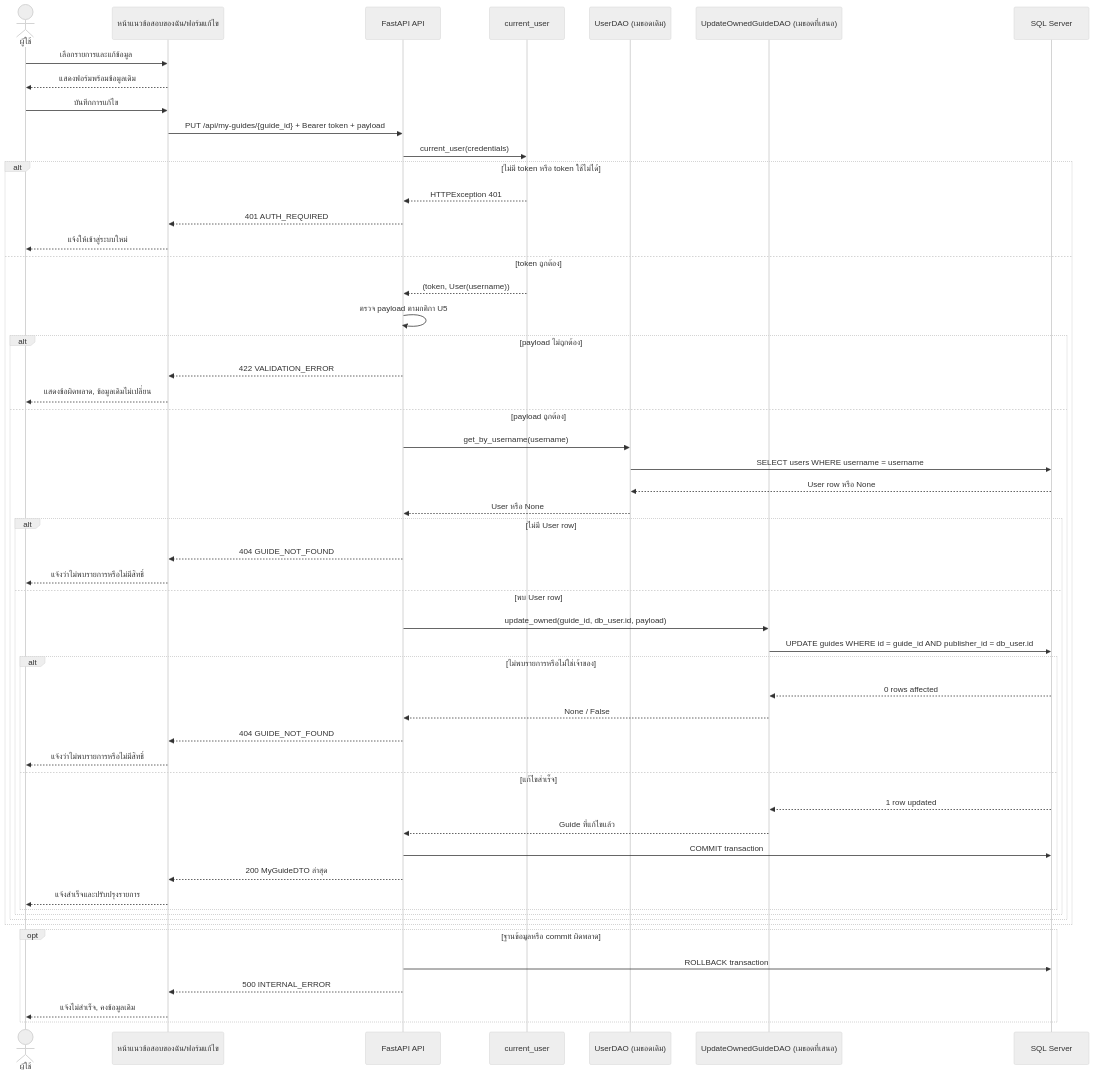
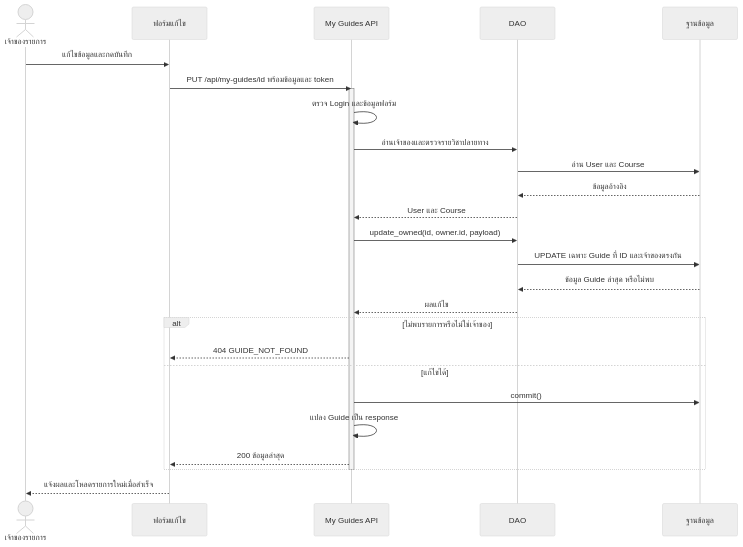
One commit to Lilieay/CS261-Group4-Project changed the second of 3 diagrams in docs/U5/design/task66-my-guides-management-sequence-diagram.md. Above: the diagram before and after it, drawn with Mermaid (neutral theme). The commit also changed other lines of this file and 11 other files, not shown here.

Commit message:
docs: align sprint1 diagrams and data models with implementation

````diff
--- a/docs/U5/design/task66-my-guides-management-sequence-diagram.md
+++ b/docs/U5/design/task66-my-guides-management-sequence-diagram.md
@@ -47,58 +34,29 @@
 ```mermaid
 sequenceDiagram
-    actor User as ผู้ใช้
-    participant UI as หน้าแนวข้อสอบของฉัน/ฟอร์มแก้ไข
-    participant API as FastAPI API
-    participant Auth as current_user
-    participant UDAO as UserDAO (เมธอดเดิม)
-    participant DAO as UpdateOwnedGuideDAO (เมธอดที่เสนอ)
-    participant DB as SQL Server
-
-    User->>UI: เลือกรายการและแก้ข้อมูล
-    UI-->>User: แสดงฟอร์มพร้อมข้อมูลเดิม
-    User->>UI: บันทึกการแก้ไข
-    UI->>API: PUT /api/my-guides/{guide_id} + Bearer token + payload
-    API->>Auth: current_user(credentials)
-    alt ไม่มี token หรือ token ใช้ไม่ได้
-        Auth-->>API: HTTPException 401
-        API-->>UI: 401 AUTH_REQUIRED
-        UI-->>User: แจ้งให้เข้าสู่ระบบใหม่
-    else token ถูกต้อง
-        Auth-->>API: (token, User(username))
-        API->>API: ตรวจ payload ตามกติกา U5
-        alt payload ไม่ถูกต้อง
-            API-->>UI: 422 VALIDATION_ERROR
-            UI-->>User: แสดงข้อผิดพลาด, ข้อมูลเดิมไม่เปลี่ยน
-        else payload ถูกต้อง
-            API->>UDAO: get_by_username(username)
-            UDAO->>DB: SELECT users WHERE username = username
-            DB-->>UDAO: User row หรือ None
-            UDAO-->>API: User หรือ None
-            alt ไม่มี User row
-                API-->>UI: 404 GUIDE_NOT_FOUND
-                UI-->>User: แจ้งว่าไม่พบรายการหรือไม่มีสิทธิ์
-            else พบ User row
-                API->>DAO: update_owned(guide_id, db_user.id, payload)
-                DAO->>DB: UPDATE guides WHERE id = guide_id AND publisher_id = db_user.id
-                alt ไม่พบรายการหรือไม่ใช่เจ้าของ
-                    DB-->>DAO: 0 rows affected
-                    DAO-->>API: None / False
-                    API-->>UI: 404 GUIDE_NOT_FOUND
-                    UI-->>User: แจ้งว่าไม่พบรายการหรือไม่มีสิทธิ์
-                else แก้ไขสำเร็จ
-                    DB-->>DAO: 1 row updated
-                    DAO-->>API: Guide ที่แก้ไขแล้ว
-                    API->>DB: COMMIT transaction
-                    API-->>UI: 200 MyGuideDTO ล่าสุด
-                    UI-->>User: แจ้งสำเร็จและปรับปรุงรายการ
-                end
-            end
-        end
+    actor Student as เจ้าของรายการ
+    participant UI as ฟอร์มแก้ไข
+    participant API as My Guides API
+    participant DAO as DAO
+    participant DB as ฐานข้อมูล
+    Student->>UI: แก้ไขข้อมูลและกดบันทึก
+    UI->>API: PUT /api/my-guides/id พร้อมข้อมูลและ token
+    activate API
+    API->>API: ตรวจ Login และข้อมูลฟอร์ม
+    API->>DAO: อ่านเจ้าของและตรวจรายวิชาปลายทาง
+    DAO->>DB: อ่าน User และ Course
+    DB-->>DAO: ข้อมูลอ้างอิง
+    DAO-->>API: User และ Course
+    API->>DAO: update_owned(id, owner.id, payload)
+    DAO->>DB: UPDATE เฉพาะ Guide ที่ ID และเจ้าของตรงกัน
+    DB-->>DAO: ข้อมูล Guide ล่าสุด หรือไม่พบ
+    DAO-->>API: ผลแก้ไข
+    alt ไม่พบรายการหรือไม่ใช่เจ้าของ
+        API-->>UI: 404 GUIDE_NOT_FOUND
+    else แก้ไขได้
+        API->>DB: commit()
+        API->>API: แปลง Guide เป็น response
+        API-->>UI: 200 ข้อมูลล่าสุด
     end
-
-    opt ฐานข้อมูลหรือ commit ผิดพลาด
-        API->>DB: ROLLBACK transaction
-        API-->>UI: 500 INTERNAL_ERROR
-        UI-->>User: แจ้งไม่สำเร็จ, คงข้อมูลเดิม
-    end
+    deactivate API
+    UI-->>Student: แจ้งผลและโหลดรายการใหม่เมื่อสำเร็จ
 ```
````
